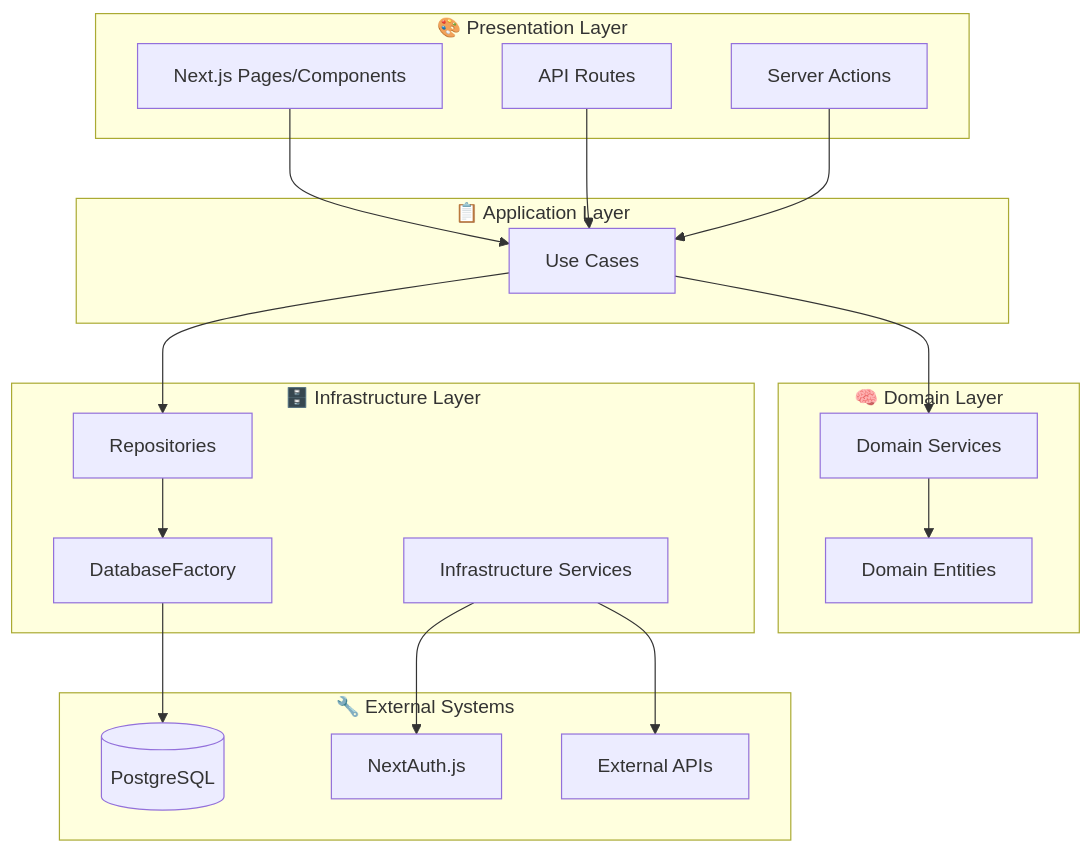
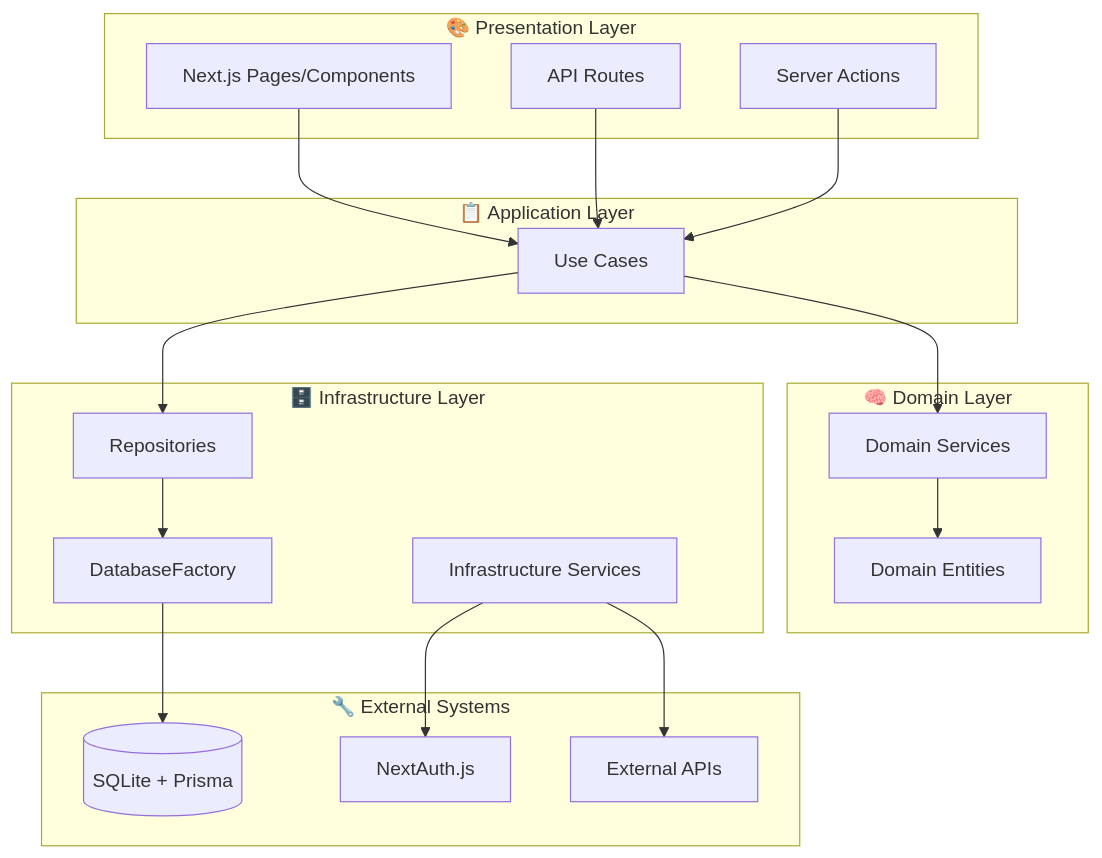
One commit to derushio/d-next-ddd-example changed the diagram in _DOCS/architecture-overview.md. Above: the diagram before and after it, drawn with Mermaid. The commit also changed other lines of this file and 157 other files, not shown here.

````diff
--- a/_DOCS/architecture-overview.md
+++ b/_DOCS/architecture-overview.md
@@ -27,46 +39,46 @@
 ```mermaid
 graph TB
     subgraph "🎨 Presentation Layer"
         UI[Next.js Pages/Components]
         API[API Routes] 
         SA[Server Actions]
     end
     
     subgraph "📋 Application Layer"
         UC[Use Cases]
     end
     
     subgraph "🧠 Domain Layer"  
         DS[Domain Services]
         DE[Domain Entities]
     end
     
     subgraph "🗄️ Infrastructure Layer"
         REPO[Repositories]
         IS[Infrastructure Services]
         DB_FACTORY[DatabaseFactory]
     end
     
     subgraph "🔧 External Systems"
-        DB[(PostgreSQL)]
+        DB[(SQLite + Prisma)]
         AUTH[NextAuth.js]
         EXT[External APIs]
     end
     
     UI --> UC
     API --> UC
     SA --> UC
     UC --> DS
     UC --> REPO
     DS --> DE
     REPO --> DB_FACTORY
     IS --> AUTH
     IS --> EXT
     DB_FACTORY --> DB
     
     classDef presentation fill:#1e3a8a,stroke:#1e40af,stroke-width:2px,color:#ffffff
     classDef application fill:#1e40af,stroke:#3b82f6,stroke-width:2px,color:#ffffff
     classDef domain fill:#7c3aed,stroke:#8b5cf6,stroke-width:2px,color:#ffffff
     classDef infrastructure fill:#065f46,stroke:#10b981,stroke-width:2px,color:#ffffff
     classDef external fill:#92400e,stroke:#f59e0b,stroke-width:2px,color:#ffffff
 ```
````
